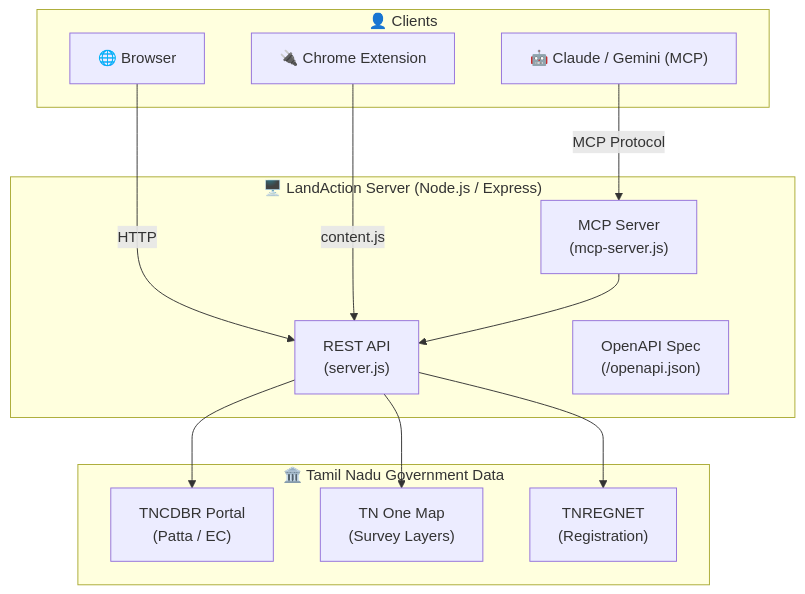
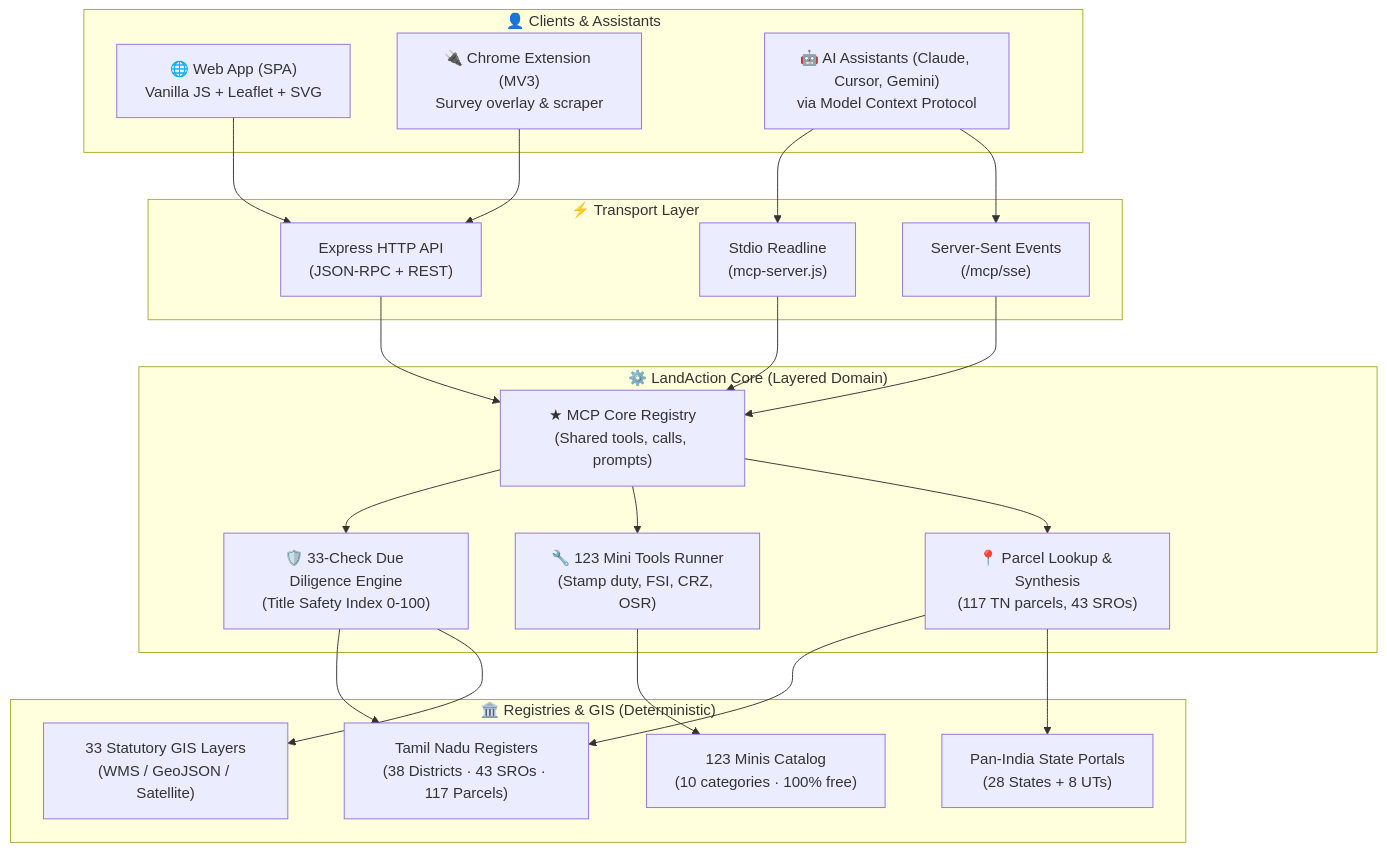
Before and after one commit to harinish45/land-action: the diagram in README.md, drawn with Mermaid. The commit also changed other lines of this file and 35 other files, not shown here.

Commit message:
feat(arch): layered architecture, 123 minis, 38 TN districts registry, and 41 smoke tests passing [antigravity-perfect]

````diff
--- a/README.md
+++ b/README.md
@@ -35,28 +30,44 @@
 ```mermaid
 graph TB
-    subgraph Clients["👤 Clients"]
-        Browser["🌐 Browser"]
-        Chrome["🔌 Chrome Extension"]
-        Claude["🤖 Claude / Gemini (MCP)"]
+    subgraph Clients["👤 Clients & Assistants"]
+        Browser["🌐 Web App (SPA)\nVanilla JS + Leaflet + SVG"]
+        Chrome["🔌 Chrome Extension (MV3)\nSurvey overlay & scraper"]
+        Claude["🤖 AI Assistants (Claude, Cursor, Gemini)\nvia Model Context Protocol"]
     end
 
-    subgraph Server["🖥️ LandAction Server (Node.js / Express)"]
-        API["REST API\n(server.js)"]
-        MCP["MCP Server\n(mcp-server.js)"]
-        OpenAPI["OpenAPI Spec\n(/openapi.json)"]
+    subgraph Transport["⚡ Transport Layer"]
+        HTTP["Express HTTP API\n(JSON-RPC + REST)"]
+        SSE["Server-Sent Events\n(/mcp/sse)"]
+        Stdio["Stdio Readline\n(mcp-server.js)"]
     end
 
-    subgraph DataSources["🏛️ Tamil Nadu Government Data"]
-        TNCDBR["TNCDBR Portal\n(Patta / EC)"]
-        TNMap["TN One Map\n(Survey Layers)"]
-        TNREGNET["TNREGNET\n(Registration)"]
+    subgraph Core["⚙️ LandAction Core (Layered Domain)"]
+        MCPCore["★ MCP Core Registry\n(Shared tools, calls, prompts)"]
+        VerifyEngine["🛡️ 33-Check Due Diligence Engine\n(Title Safety Index 0-100)"]
+        ToolRunner["🔧 123 Mini Tools Runner\n(Stamp duty, FSI, CRZ, OSR)"]
+        ParcelDomain["📍 Parcel Lookup & Synthesis\n(117 TN parcels, 43 SROs)"]
     end
 
-    Browser -->|HTTP| API
-    Chrome -->|content.js| API
-    Claude -->|MCP Protocol| MCP
-    API --> TNCDBR
-    API --> TNMap
-    API --> TNREGNET
-    MCP --> API
+    subgraph Data["🏛️ Registries & GIS (Deterministic)"]
+        TNReg["Tamil Nadu Registers\n(38 Districts · 43 SROs · 117 Parcels)"]
+        MinisCatalog["123 Minis Catalog\n(10 categories · 100% free)"]
+        StatePortals["Pan-India State Portals\n(28 States + 8 UTs)"]
+        GISLayers["33 Statutory GIS Layers\n(WMS / GeoJSON / Satellite)"]
+    end
+
+    Browser --> HTTP
+    Chrome --> HTTP
+    Claude --> Stdio
+    Claude --> SSE
+    HTTP --> MCPCore
+    SSE --> MCPCore
+    Stdio --> MCPCore
+    MCPCore --> VerifyEngine
+    MCPCore --> ToolRunner
+    MCPCore --> ParcelDomain
+    VerifyEngine --> TNReg
+    VerifyEngine --> GISLayers
+    ToolRunner --> MinisCatalog
+    ParcelDomain --> TNReg
+    ParcelDomain --> StatePortals
 ```
````
